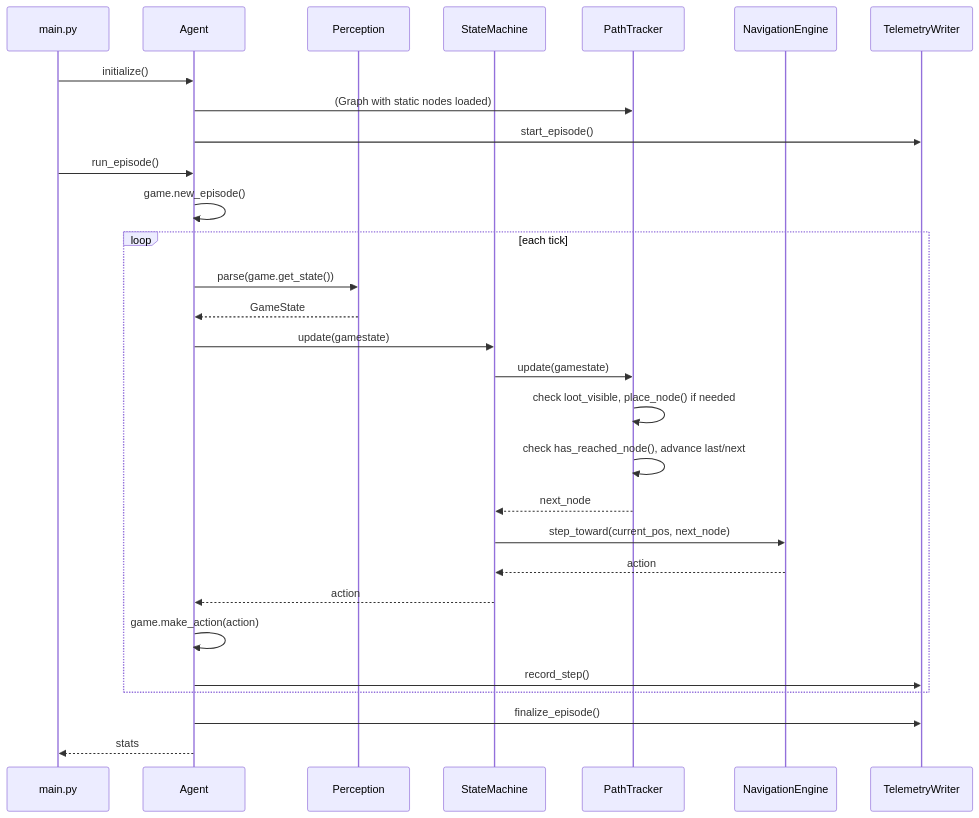
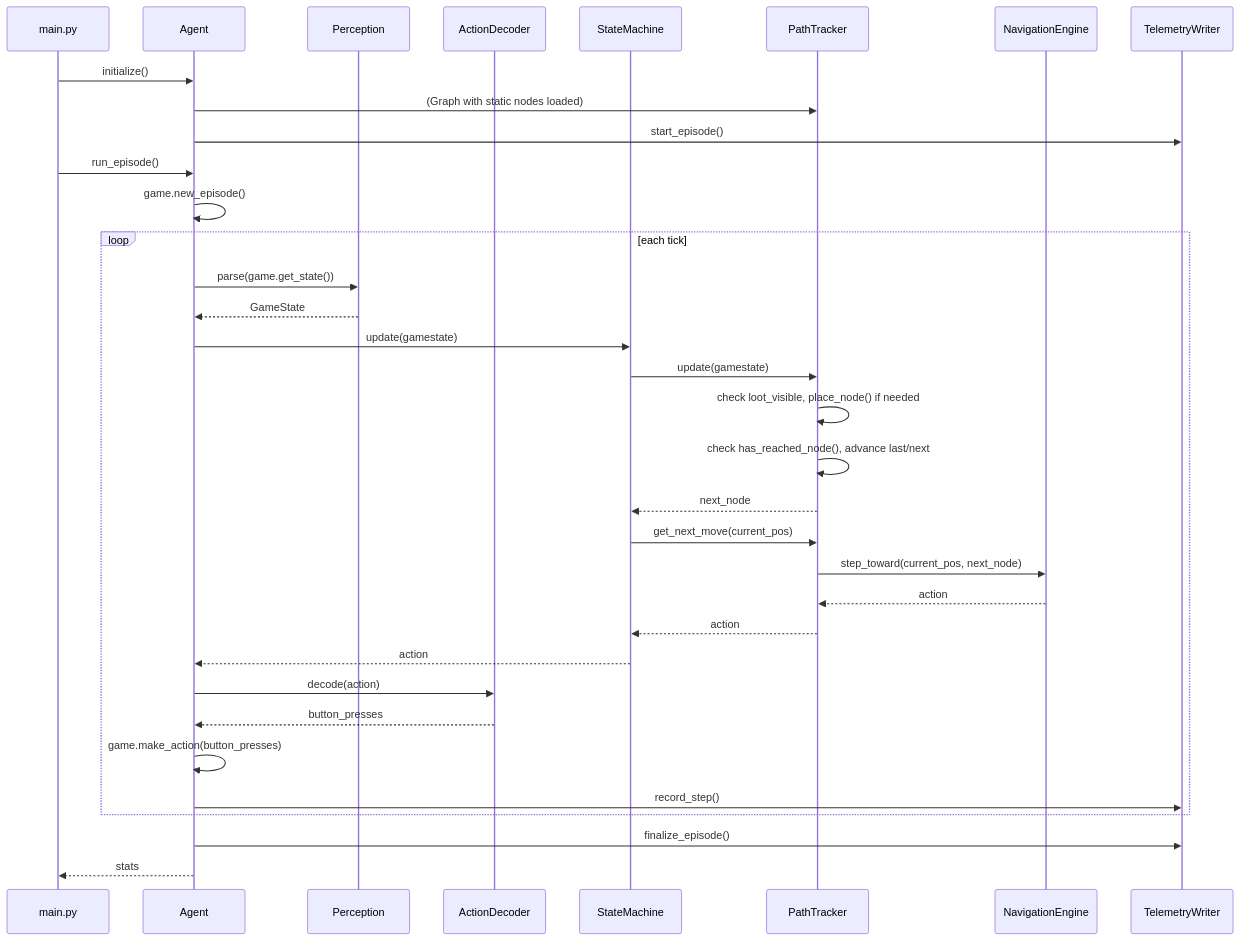
Before and after one commit to aidanpb9/doom-agent: the diagram in docs/architecture_design.md, drawn with Mermaid. The commit also changed other lines of this file, not shown here.

Commit message:
add ActionDecoder class to architecture

````diff
--- a/docs/architecture_design.md
+++ b/docs/architecture_design.md
@@ -18,38 +19,43 @@
 ```mermaid
 sequenceDiagram
     participant M as main.py
     participant A as Agent
     participant P as Perception
+    participant AD as ActionDecoder
     participant SM as StateMachine
     participant PT as PathTracker
     participant NE as NavigationEngine
     participant TW as TelemetryWriter
 
     M->>A: initialize()
     A->>PT: (Graph with static nodes loaded)
     A->>TW: start_episode()
 
     M->>A: run_episode()
     A->>A: game.new_episode()
 
     loop each tick
         A->>P: parse(game.get_state())
         P-->>A: GameState
 
         A->>SM: update(gamestate)
         SM->>PT: update(gamestate)
         PT->>PT: check loot_visible, place_node() if needed
         PT->>PT: check has_reached_node(), advance last/next
         PT-->>SM: next_node
 
-        SM->>NE: step_toward(current_pos, next_node)
-        NE-->>SM: action
+        SM->>PT: get_next_move(current_pos)
+        PT->>NE: step_toward(current_pos, next_node)
+        NE-->>PT: action
+        PT-->>SM: action
 
         SM-->>A: action
-        A->>A: game.make_action(action)
+        A->>AD: decode(action)
+        AD-->>A: button_presses
+        A->>A: game.make_action(button_presses) 
         A->>TW: record_step()
     end
 
     A->>TW: finalize_episode()
     A-->>M: stats
 ```
````
